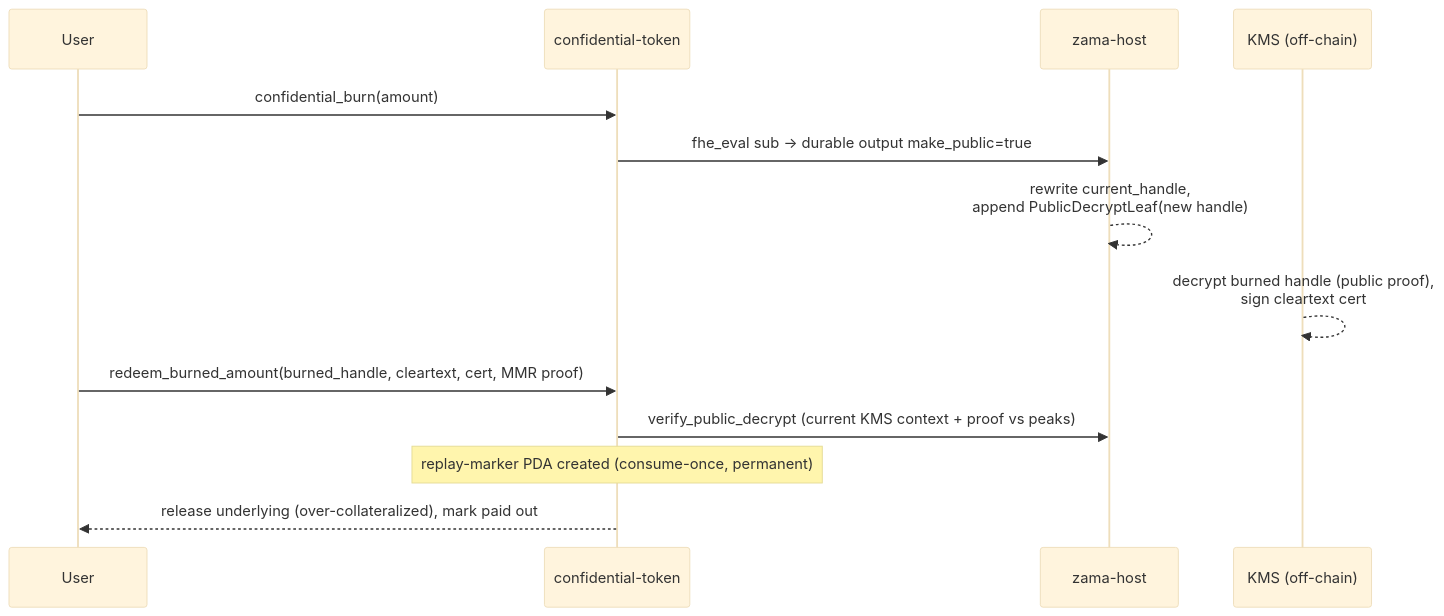
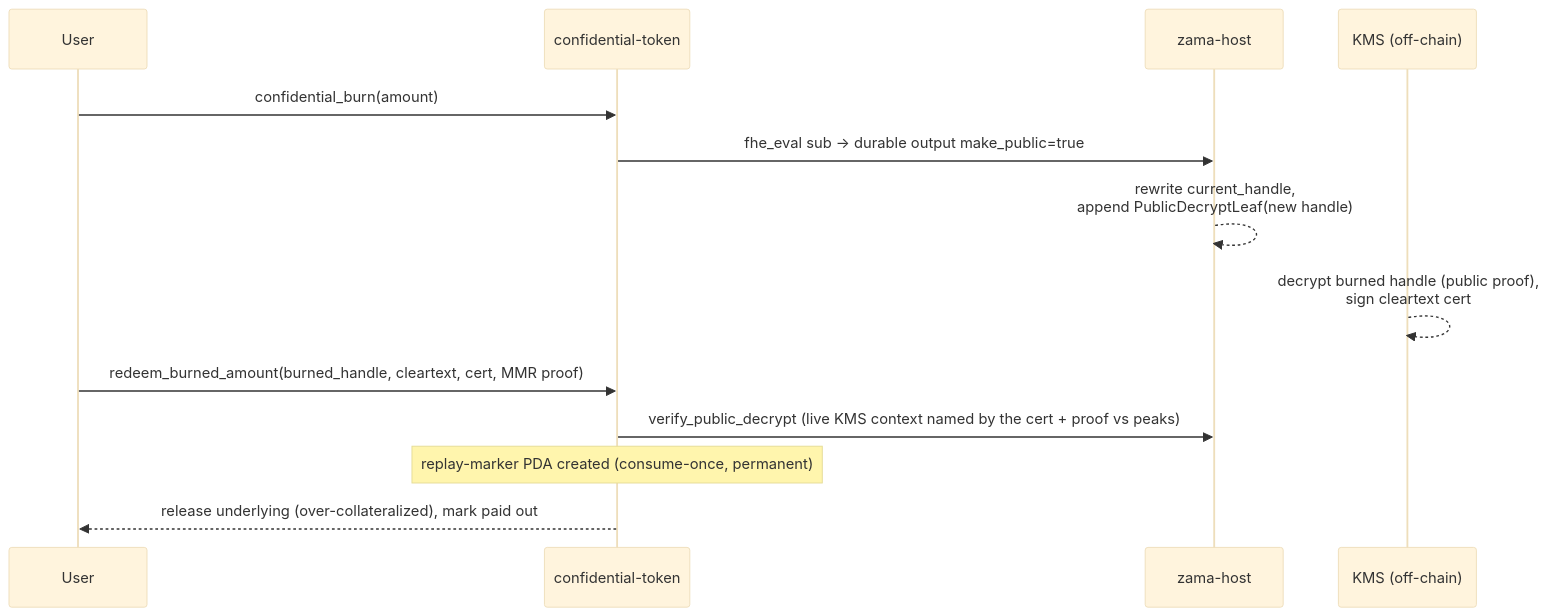
One commit to zama-ai/fhevm changed the fifth of 6 diagrams in solana/docs/MMR_ACL_MVP.md. Above: the diagram before and after it, drawn with Mermaid (base theme). The commit also changed other lines of this file and 22 other files, not shown here.

Commit message:
feat(host-contracts): verify public-decrypt certs against any live KMS context

````diff
--- a/solana/docs/MMR_ACL_MVP.md
+++ b/solana/docs/MMR_ACL_MVP.md
@@ -154,15 +155,15 @@
 ```mermaid
 sequenceDiagram
     participant U as User
     participant CT as confidential-token
     participant ZH as zama-host
     participant KMS as KMS (off-chain)
     U->>CT: confidential_burn(amount)
     CT->>ZH: fhe_eval sub → durable output make_public=true
     ZH-->>ZH: rewrite current_handle,<br/>append PublicDecryptLeaf(new handle)
     KMS-->>KMS: decrypt burned handle (public proof),<br/>sign cleartext cert
     U->>CT: redeem_burned_amount(burned_handle, cleartext, cert, MMR proof)
-    CT->>ZH: verify_public_decrypt (current KMS context + proof vs peaks)
+    CT->>ZH: verify_public_decrypt (live KMS context named by the cert + proof vs peaks)
     Note over CT: replay-marker PDA created (consume-once, permanent)
     CT-->>U: release underlying (over-collateralized), mark paid out
 ```
````
